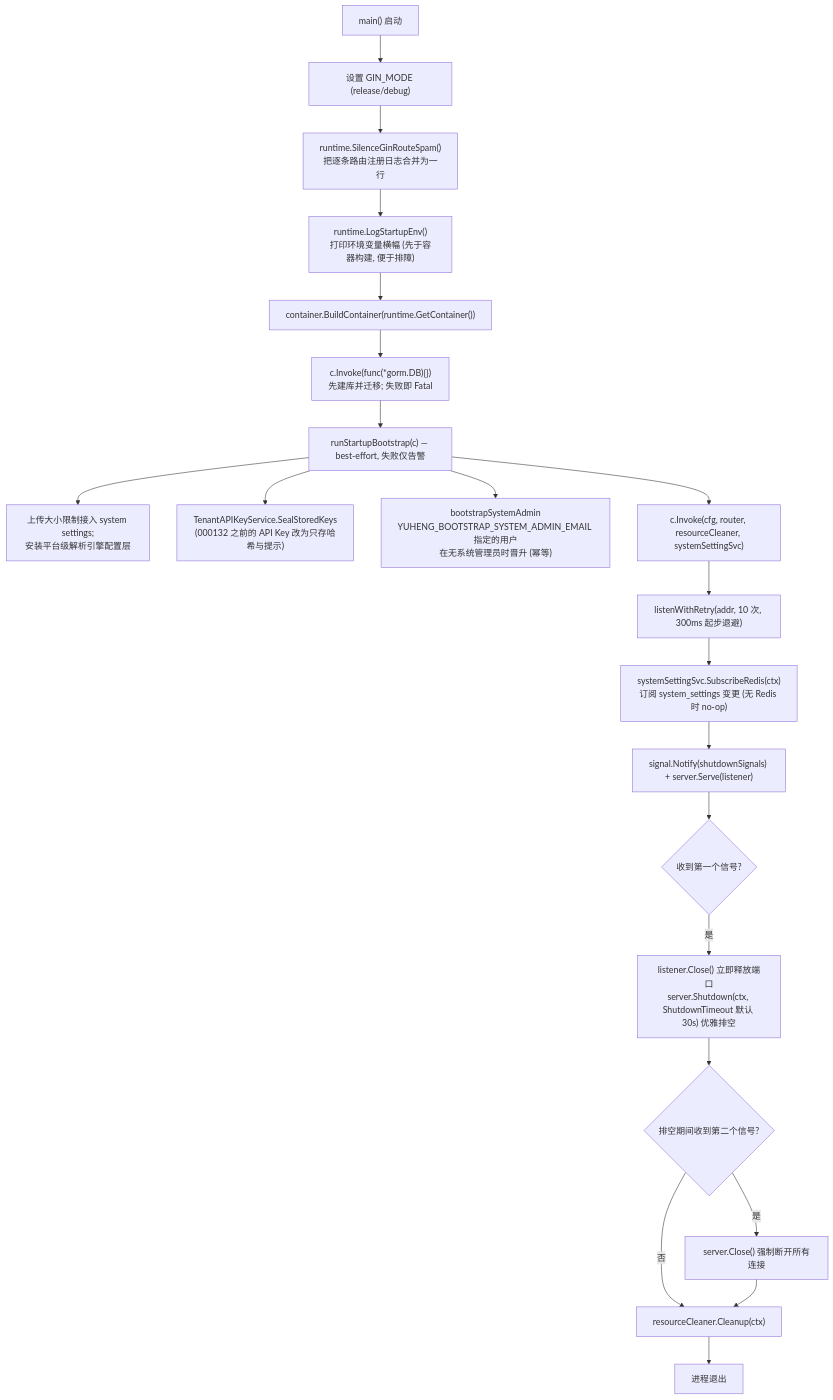
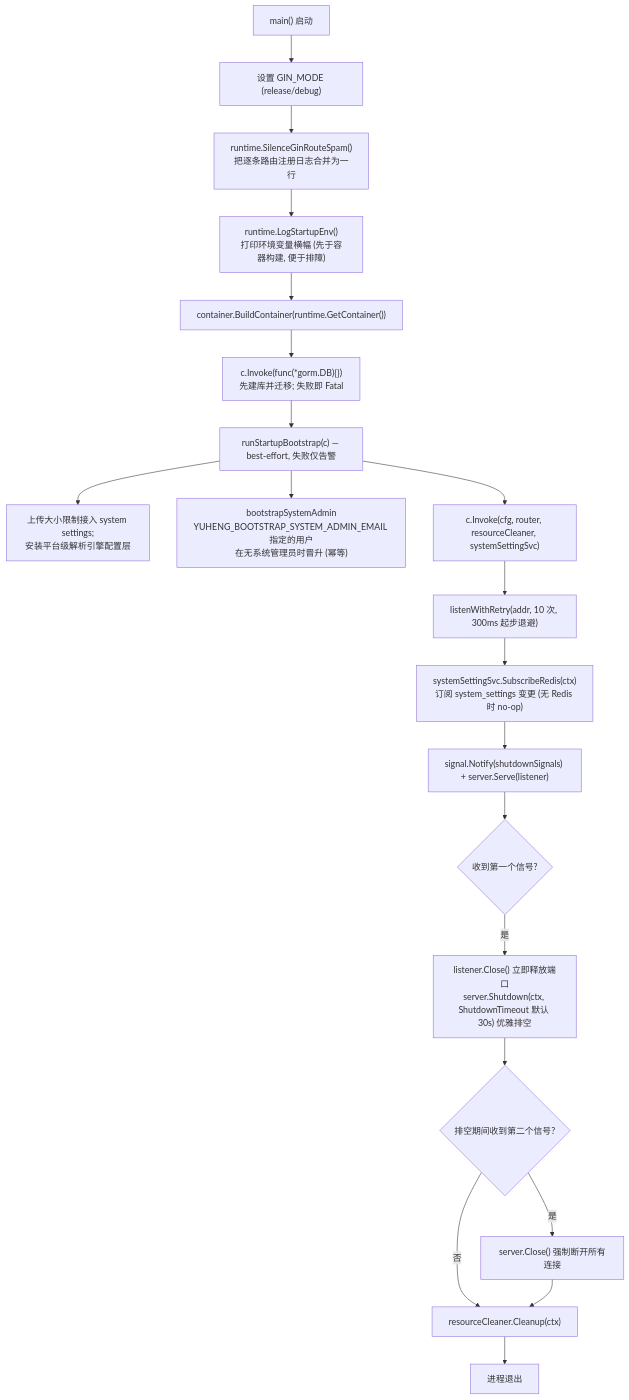
One commit to magicyuan876/Yuheng changed the second of 3 diagrams in website-docs/02-architecture/02-backend-design.md. Above: the diagram before and after it, drawn with Mermaid. The commit also changed 13 other files, not shown here.

First line of the commit message:
refactor(api-keys): drop the stored secret in the migration, not at startup

````diff
--- a/website-docs/02-architecture/02-backend-design.md
+++ b/website-docs/02-architecture/02-backend-design.md
@@ -132,23 +132,22 @@
 ```mermaid
 flowchart TD
     A["main() 启动"] --> B["设置 GIN_MODE (release/debug)"]
     B --> C["runtime.SilenceGinRouteSpam()<br/>把逐条路由注册日志合并为一行"]
     C --> D["runtime.LogStartupEnv()<br/>打印环境变量横幅 (先于容器构建, 便于排障)"]
     D --> E["container.BuildContainer(runtime.GetContainer())"]
     E --> E1["c.Invoke(func(*gorm.DB){})<br/>先建库并迁移; 失败即 Fatal"]
     E1 --> F["runStartupBootstrap(c) — best-effort, 失败仅告警"]
     F --> F0["上传大小限制接入 system settings;<br/>安装平台级解析引擎配置层"]
-    F --> F1["TenantAPIKeyService.SealStoredKeys<br/>(000132 之前的 API Key 改为只存哈希与提示)"]
     F --> F2["bootstrapSystemAdmin<br/>YUHENG_BOOTSTRAP_SYSTEM_ADMIN_EMAIL 指定的用户<br/>在无系统管理员时晋升 (幂等)"]
     F --> G["c.Invoke(cfg, router, resourceCleaner, systemSettingSvc)"]
     G --> H["listenWithRetry(addr, 10 次, 300ms 起步退避)"]
     H --> I["systemSettingSvc.SubscribeRedis(ctx)<br/>订阅 system_settings 变更 (无 Redis 时 no-op)"]
     I --> J["signal.Notify(shutdownSignals) + server.Serve(listener)"]
     J --> K{"收到第一个信号?"}
     K -->|是| L["listener.Close() 立即释放端口<br/>server.Shutdown(ctx, ShutdownTimeout 默认 30s) 优雅排空"]
     L --> M{"排空期间收到第二个信号?"}
     M -->|是| N["server.Close() 强制断开所有连接"]
     M -->|否| O["resourceCleaner.Cleanup(ctx)"]
     N --> O
     O --> P["进程退出"]
 ```
````
